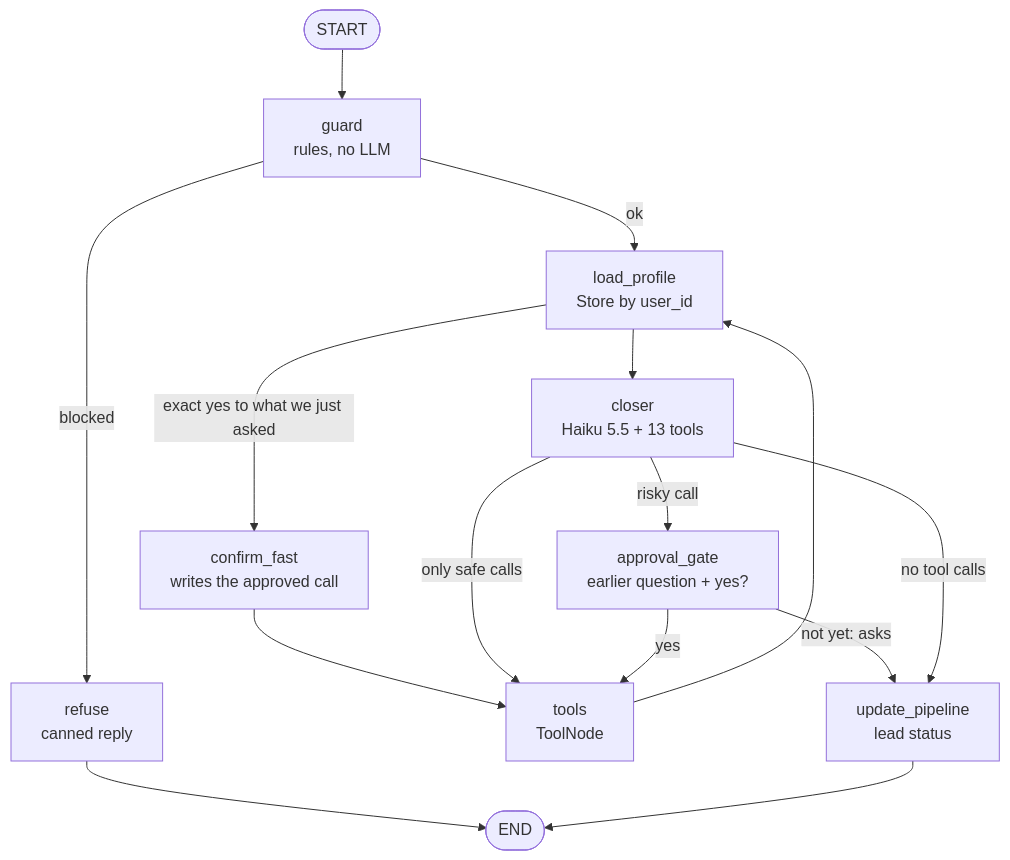
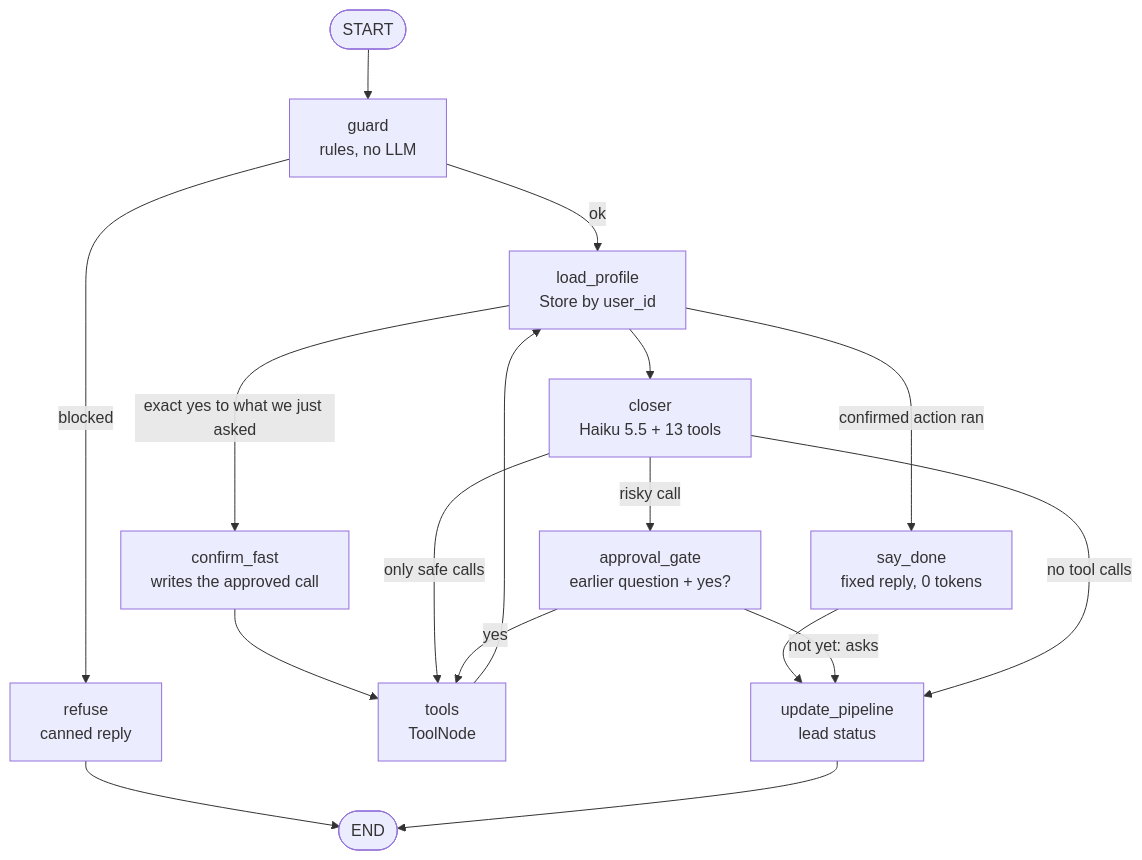
Before and after one commit to Hadeeed147/propcloser: the second of 2 diagrams in PLAN.md, drawn with Mermaid. The commit also changed other lines of this file and 13 other files, not shown here.

````diff
--- a/PLAN.md
+++ b/PLAN.md
@@ -81,17 +81,19 @@
 ```mermaid
 flowchart TD
     START([START]) --> guard[guard<br/>rules, no LLM]
     guard -->|blocked| refuse[refuse<br/>canned reply]
     refuse --> END([END])
     guard -->|ok| load[load_profile<br/>Store by user_id]
     load -->|exact yes to what we just asked| fast[confirm_fast<br/>writes the approved call]
     fast --> tools[tools<br/>ToolNode]
+    load -->|confirmed action ran| done[say_done<br/>fixed reply, 0 tokens]
+    done --> pipe
     load --> closer[closer<br/>Haiku 5.5 + 13 tools]
     closer -->|only safe calls| tools
     tools --> load
     closer -->|risky call| gate[approval_gate<br/>earlier question + yes?]
     gate -->|yes| tools
     gate -->|not yet: asks| pipe[update_pipeline<br/>lead status]
     closer -->|no tool calls| pipe
     pipe --> END
 ```
````
